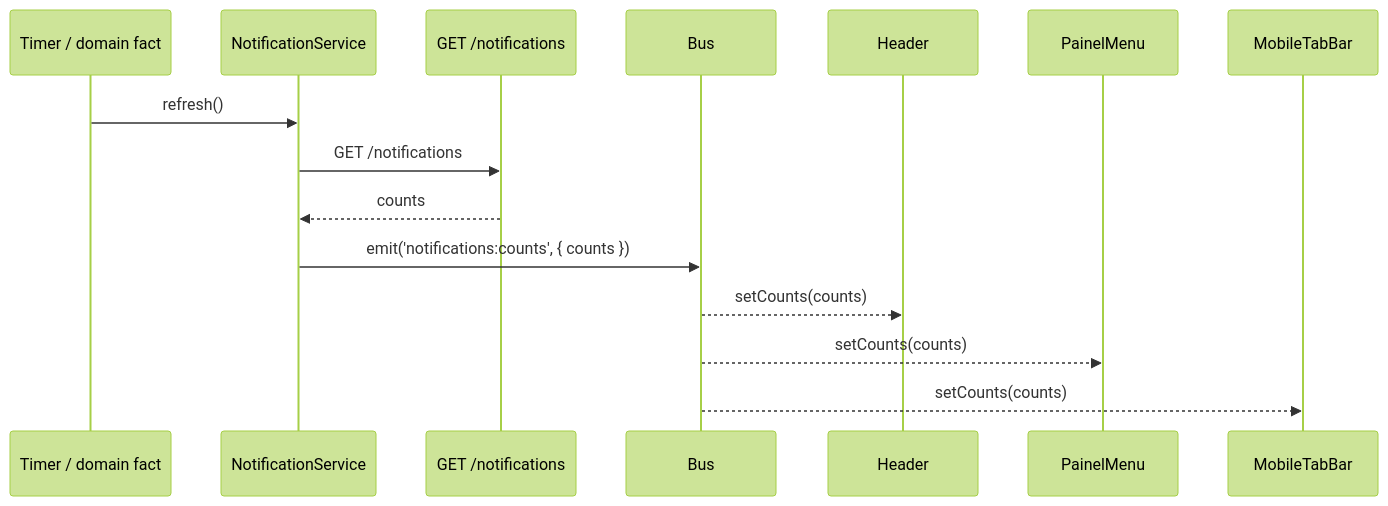
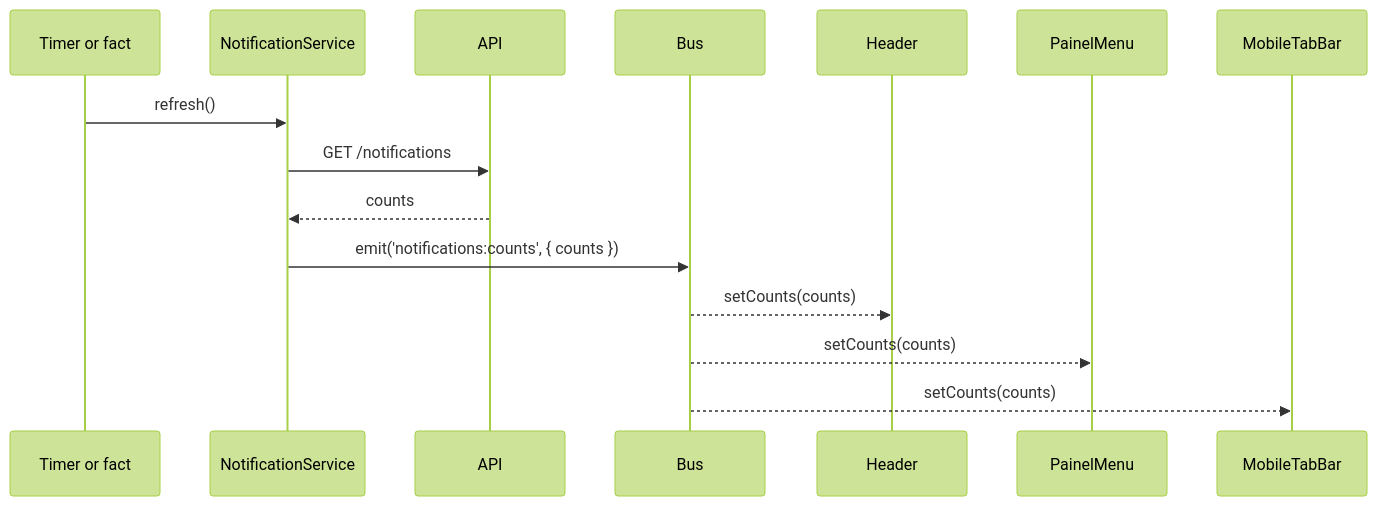
One commit to werlang/gladCode2 changed the first of 8 diagrams in docs/frontend/events.md. Above: the diagram before and after it, drawn with Mermaid (forest theme). The commit also changed other lines of this file, not shown here.

Commit message:
docs: simplify the event-flow diagrams

````diff
--- a/docs/frontend/events.md
+++ b/docs/frontend/events.md
@@ -149,17 +149,17 @@
 ```mermaid
 sequenceDiagram
-    participant Timer as Timer / domain fact
+    participant Timer as Timer or fact
     participant Svc as NotificationService
-    participant API as GET /notifications
+    participant API
     participant Bus
     participant Header
     participant Menu as PainelMenu
     participant Bar as MobileTabBar
     Timer->>Svc: refresh()
     Svc->>API: GET /notifications
     API-->>Svc: counts
     Svc->>Bus: emit('notifications:counts', { counts })
     Bus-->>Header: setCounts(counts)
     Bus-->>Menu: setCounts(counts)
     Bus-->>Bar: setCounts(counts)
 ```
````
